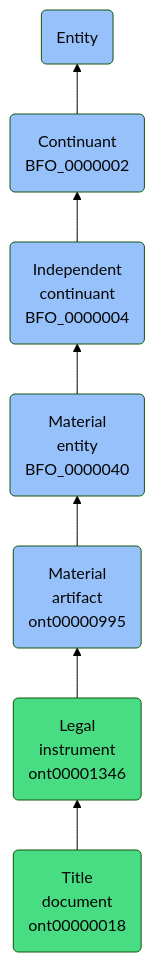
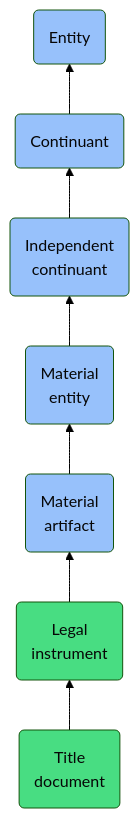
Before and after one commit to jupyter-naas/abi: the diagram in docs/ontology/reference/model/Entity/Continuant/Independent continuant/Material entity/Material artifact/Legal instrument/Title document/Title document.md, drawn with Mermaid (forest theme). The commit also changed other lines of this file and 1430 other files, not shown here.

````diff
--- a/docs/ontology/reference/model/Entity/Continuant/Independent continuant/Material entity/Material artifact/Legal instrument/Title document/Title document.md
+++ b/docs/ontology/reference/model/Entity/Continuant/Independent continuant/Material entity/Material artifact/Legal instrument/Title document/Title document.md
@@ -24,14 +24,14 @@
 ```mermaid
 graph BT
-    ont00000018(Title<br>document<br>ont00000018):::ABI-->ont00001346
-    ont00001346(Legal<br>instrument<br>ont00001346):::ABI-->ont00000995
-    ont00000995(Material<br>artifact<br>ont00000995):::BFO-->BFO_0000040
-    BFO_0000040(Material<br>entity<br>BFO_0000040):::BFO-->BFO_0000004
-    BFO_0000004(Independent<br>continuant<br>BFO_0000004):::BFO-->BFO_0000002
-    BFO_0000002(Continuant<br>BFO_0000002):::BFO-->BFO_0000001
+    ont00000018(Title<br>document):::ABI-->ont00001346
+    ont00001346(Legal<br>instrument):::ABI-->ont00000995
+    ont00000995(Material<br>artifact):::BFO-->BFO_0000040
+    BFO_0000040(Material<br>entity):::BFO-->BFO_0000004
+    BFO_0000004(Independent<br>continuant):::BFO-->BFO_0000002
+    BFO_0000002(Continuant):::BFO-->BFO_0000001
     BFO_0000001(Entity):::BFO
     
     classDef BFO fill:#97c1fb,color:#060606
     classDef CCO fill:#e4c51e,color:#060606
     classDef ABI fill:#48DD82,color:#060606
 ```
````
